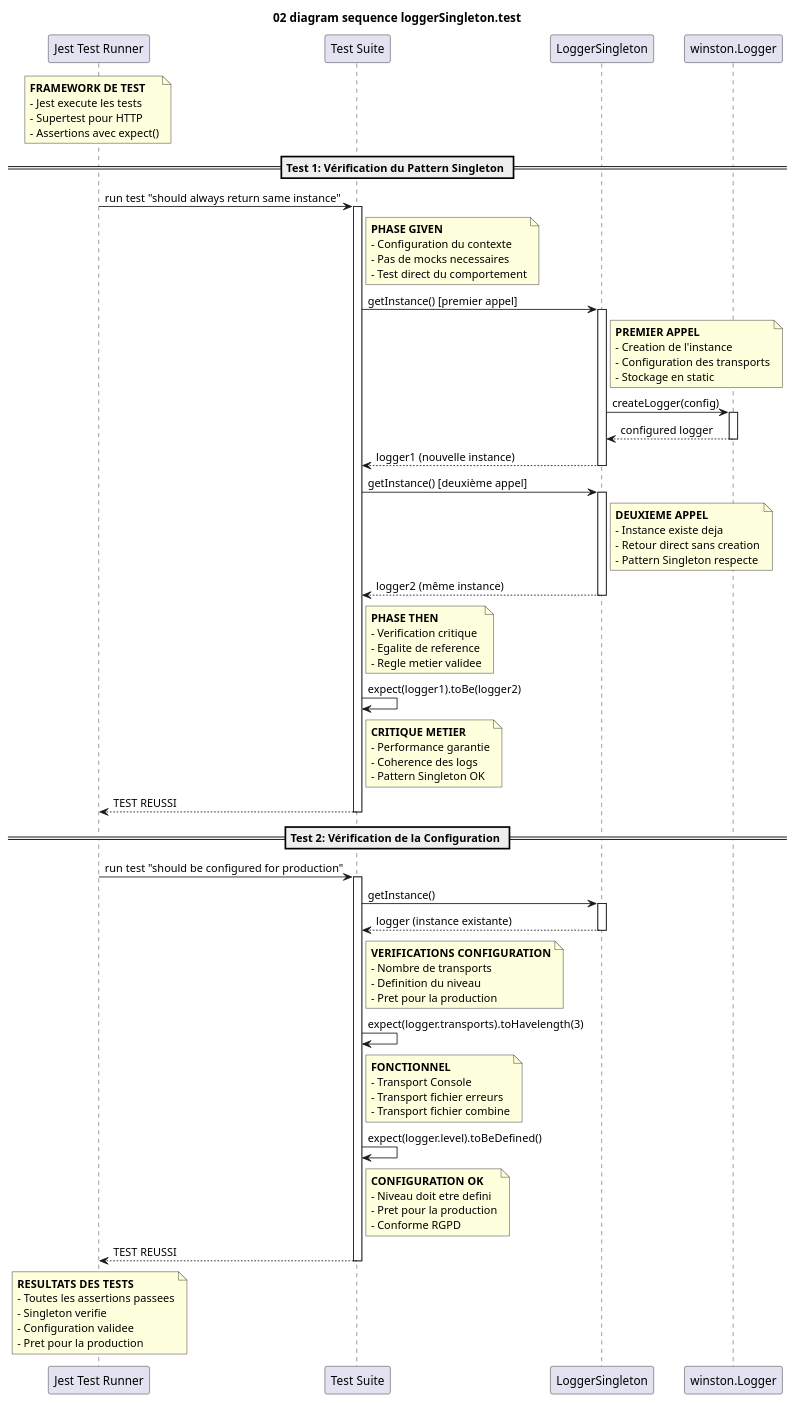
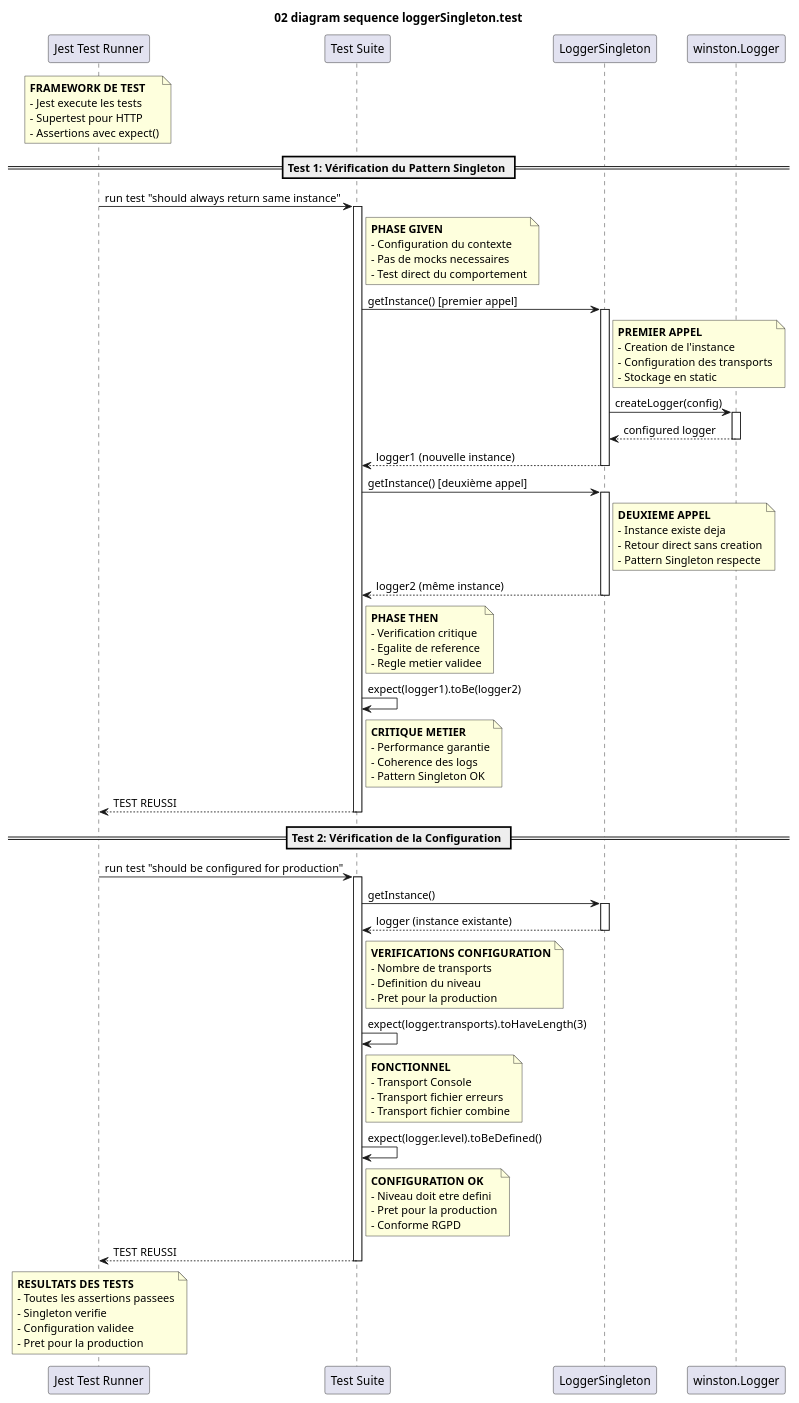
The diagram in docs/diagrams/02-diagram-sequence-loggerSingleton-test.wsd (HelyaTam/bookstore-api), drawn with PlantUML before and after one commit. The commit also changed 1 other file, not shown here.

Commit message:
test: TDD red LoggerSingleton

```diff
--- a/docs/diagrams/02-diagram-sequence-loggerSingleton-test.wsd
+++ b/docs/diagrams/02-diagram-sequence-loggerSingleton-test.wsd
@@ -1,127 +1,127 @@
 @startuml 02-diagram-sequence-loggerSingleton-test
 
 title 02 diagram sequence loggerSingleton.test
 
 participant "Jest Test Runner" as Jest
 participant "Test Suite" as Test
 participant "LoggerSingleton" as LS
 participant "winston.Logger" as Winston
 
 note over Jest
   **FRAMEWORK DE TEST**
   - Jest execute les tests
   - Supertest pour HTTP
   - Assertions avec expect()
 end note
 
 == Test 1: Vérification du Pattern Singleton ==
 
 Jest -> Test : run test "should always return same instance"
 activate Test
 
 note right of Test
   **PHASE GIVEN**
   - Configuration du contexte
   - Pas de mocks necessaires
   - Test direct du comportement
 end note
 
 Test -> LS : getInstance() [premier appel]
 activate LS
 
 note right of LS
   **PREMIER APPEL**
   - Creation de l'instance
   - Configuration des transports
   - Stockage en static
 end note
 
 LS -> Winston : createLogger(config)
 activate Winston
 
 Winston --> LS : configured logger
 deactivate Winston
 
 LS --> Test : logger1 (nouvelle instance)
 deactivate LS
 
 Test -> LS : getInstance() [deuxième appel]
 activate LS
 
 note right of LS
   **DEUXIEME APPEL**
   - Instance existe deja
   - Retour direct sans creation
   - Pattern Singleton respecte
 end note
 
 LS --> Test : logger2 (même instance)
 deactivate LS
 
 note right of Test
   **PHASE THEN**
   - Verification critique
   - Egalite de reference
   - Regle metier validee
 end note
 
 Test -> Test : expect(logger1).toBe(logger2)
 
 note right of Test
   **CRITIQUE METIER**
   - Performance garantie
   - Coherence des logs
   - Pattern Singleton OK
 end note
 
 Test --> Jest : TEST REUSSI
 deactivate Test
 
 == Test 2: Vérification de la Configuration ==
 
 Jest -> Test : run test "should be configured for production"
 activate Test
 
 Test -> LS : getInstance()
 activate LS
 
 LS --> Test : logger (instance existante)
 deactivate LS
 
 note right of Test
   **VERIFICATIONS CONFIGURATION**
   - Nombre de transports
   - Definition du niveau
   - Pret pour la production
 end note
 
-Test -> Test : expect(logger.transports).toHavelength(3)
+Test -> Test : expect(logger.transports).toHaveLength(3)
 
 note right of Test
   **FONCTIONNEL**
   - Transport Console
   - Transport fichier erreurs
   - Transport fichier combine
 end note
 
 Test -> Test : expect(logger.level).toBeDefined()
 
 note right of Test
   **CONFIGURATION OK**
   - Niveau doit etre defini
   - Pret pour la production
   - Conforme RGPD
 end note
 
 Test --> Jest : TEST REUSSI
 deactivate Test
 
 note over Jest
   **RESULTATS DES TESTS**
   - Toutes les assertions passees
   - Singleton verifie
   - Configuration validee
   - Pret pour la production
 end note
 
 @enduml
```
